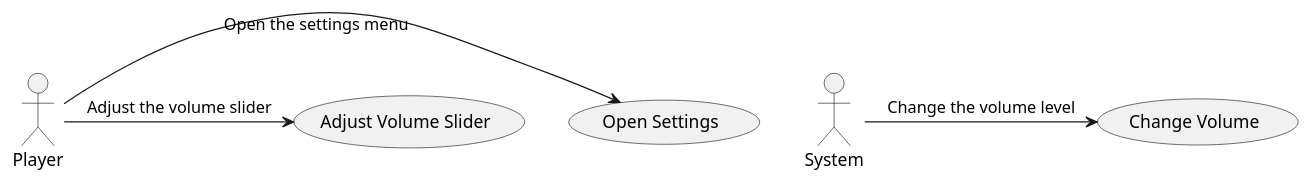
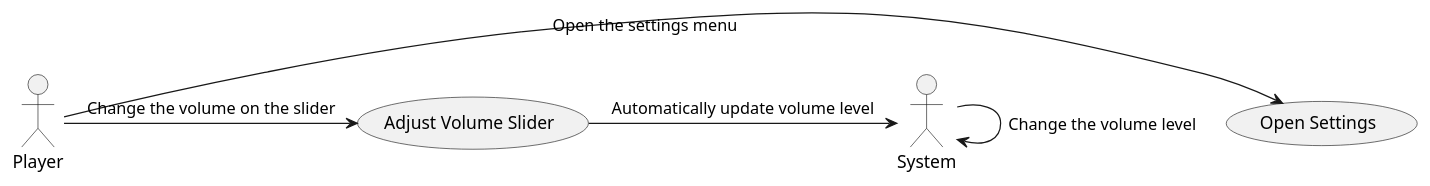
Before and after one commit to LosVerinos/Crossy-Road: the diagram in Diagram/UseCase/changeSoundVolume.puml, drawn with PlantUML. The commit also changed 9 other files, not shown here.

```diff
--- a/Diagram/UseCase/changeSoundVolume.puml
+++ b/Diagram/UseCase/changeSoundVolume.puml
@@ -1,9 +1,9 @@
 @startuml
 actor Player
-actor System
 
 Player -> (Open Settings) : Open the settings menu
-Player -> (Adjust Volume Slider) : Adjust the volume slider
-System -> (Change Volume) : Change the volume level
+Player -> (Adjust Volume Slider) : Change the volume on the slider
+(Adjust Volume Slider) -> System : Automatically update volume level
+(System) -> (System) : Change the volume level
 
 @enduml
```
